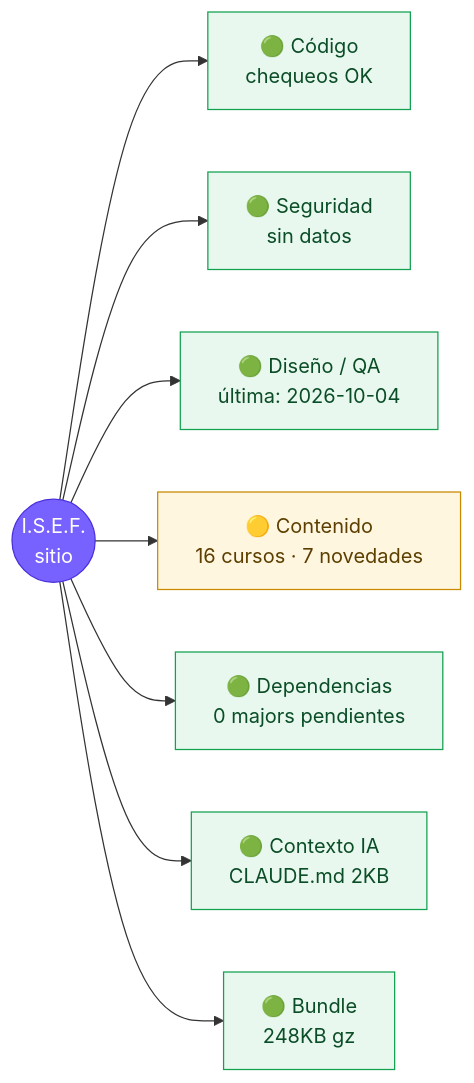
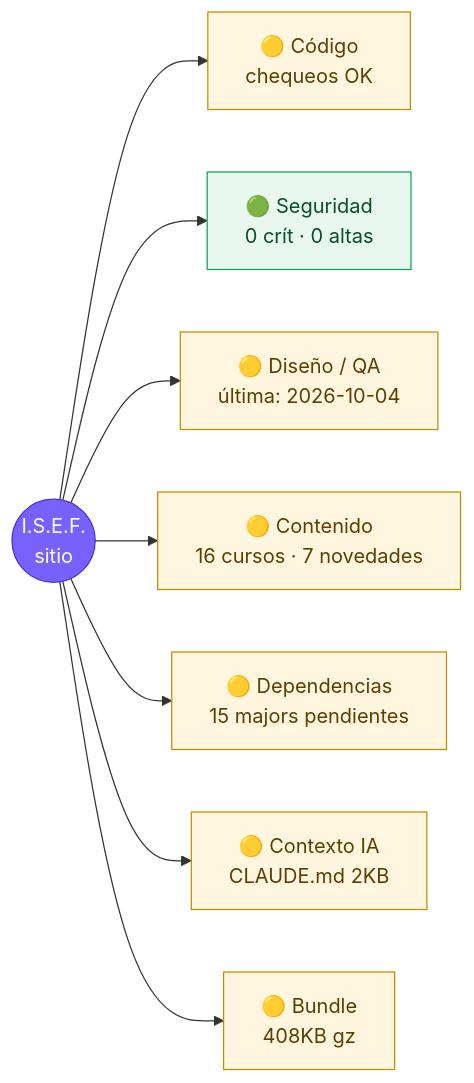
Before and after one commit to valedominguezl/isef-main: the diagram in docs/MAPA.md, drawn with Mermaid. The commit also changed other lines of this file and 33 other files, not shown here.

````diff
--- a/docs/MAPA.md
+++ b/docs/MAPA.md
@@ -5,15 +5,15 @@
 ```mermaid
 flowchart LR
   ISEF((I.S.E.F.<br/>sitio)):::core
-  ISEF --> COD[🟢 Código<br/>chequeos OK]:::ok
-  ISEF --> SEG[🟢 Seguridad<br/>sin datos]:::ok
-  ISEF --> DIS[🟢 Diseño / QA<br/>última: 2026-10-04]:::ok
+  ISEF --> COD[🟡 Código<br/>chequeos OK]:::warn
+  ISEF --> SEG[🟢 Seguridad<br/>0 crít · 0 altas]:::ok
+  ISEF --> DIS[🟡 Diseño / QA<br/>última: 2026-10-04]:::warn
   ISEF --> CON[🟡 Contenido<br/>16 cursos · 7 novedades]:::warn
-  ISEF --> DEP[🟢 Dependencias<br/>0 majors pendientes]:::ok
-  ISEF --> TOK[🟢 Contexto IA<br/>CLAUDE.md 2KB]:::ok
-  ISEF --> BUN[🟢 Bundle<br/>248KB gz]:::ok
+  ISEF --> DEP[🟡 Dependencias<br/>15 majors pendientes]:::warn
+  ISEF --> TOK[🟡 Contexto IA<br/>CLAUDE.md 2KB]:::warn
+  ISEF --> BUN[🟡 Bundle<br/>408KB gz]:::warn
   classDef ok fill:#e8f8ee,stroke:#12a150,color:#0b4d27
   classDef warn fill:#fff6e0,stroke:#c98a00,color:#5c3f00
   classDef bad fill:#ffe9e8,stroke:#d93636,color:#6b1111
   classDef core fill:#7761ff,stroke:#4a2fdb,color:#fff
 ```
````
